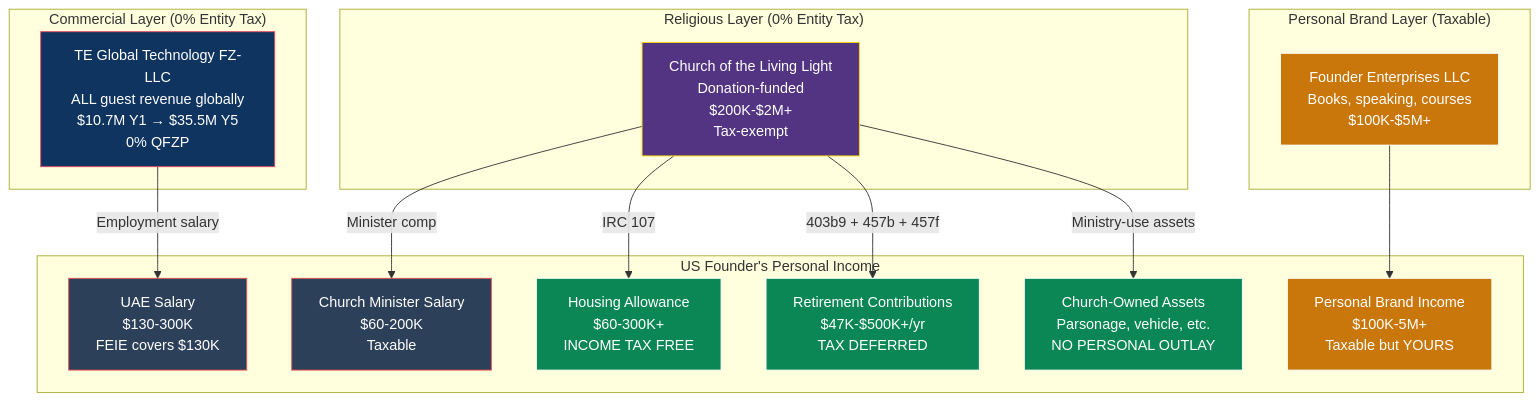
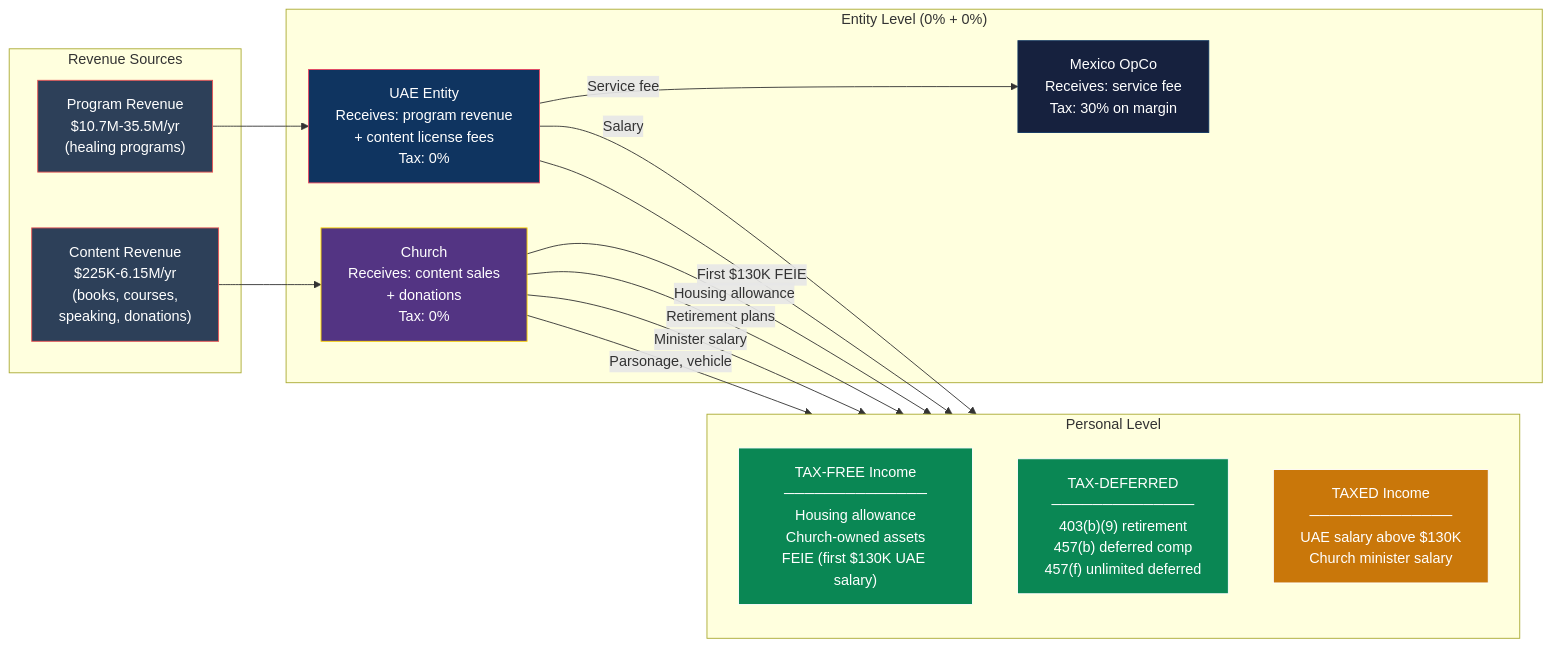
Before and after one commit to Light-Brands/epic-center: the third of 4 diagrams in docs/strategy/US_508C1A_REVISED_DONATION_MODEL.md, drawn with Mermaid. The commit also changed other lines of this file, not shown here.

````diff
--- a/docs/strategy/US_508C1A_REVISED_DONATION_MODEL.md
+++ b/docs/strategy/US_508C1A_REVISED_DONATION_MODEL.md
@@ -311,40 +261,39 @@
 ```mermaid
-graph TB
-    subgraph "Commercial Layer (0% Entity Tax)"
-        UAE["TE Global Technology FZ-LLC<br/>ALL guest revenue globally<br/>$10.7M Y1 → $35.5M Y5<br/>0% QFZP"]
+graph LR
+    subgraph "Revenue Sources"
+        PROG["Program Revenue<br/>$10.7M-35.5M/yr<br/>(healing programs)"]
+        CONTENT["Content Revenue<br/>$225K-6.15M/yr<br/>(books, courses,<br/>speaking, donations)"]
     end
 
-    subgraph "Religious Layer (0% Entity Tax)"
-        CHURCH["Church of the Living Light<br/>Donation-funded<br/>$200K-$2M+<br/>Tax-exempt"]
+    subgraph "Entity Level (0% + 0%)"
+        UAE2["UAE Entity<br/>Receives: program revenue<br/>+ content license fees<br/>Tax: 0%"]
+        CHURCH2["Church<br/>Receives: content sales<br/>+ donations<br/>Tax: 0%"]
+        MEX2["Mexico OpCo<br/>Receives: service fee<br/>Tax: 30% on margin"]
     end
 
-    subgraph "Personal Brand Layer (Taxable)"
-        LLC["Founder Enterprises LLC<br/>Books, speaking, courses<br/>$100K-$5M+"]
+    subgraph "Personal Level"
+        direction TB
+        TAX_FREE["TAX-FREE Income<br/>──────────────<br/>Housing allowance<br/>Church-owned assets<br/>FEIE (first $130K UAE salary)"]
+        TAX_DEFERRED["TAX-DEFERRED<br/>──────────────<br/>403(b)(9) retirement<br/>457(b) deferred comp<br/>457(f) unlimited deferred"]
+        TAXED["TAXED Income<br/>──────────────<br/>UAE salary above $130K<br/>Church minister salary"]
     end
 
-    subgraph "US Founder's Personal Income"
-        S1["UAE Salary<br/>$130-300K<br/>FEIE covers $130K"]
-        S2["Church Minister Salary<br/>$60-200K<br/>Taxable"]
-        S3["Housing Allowance<br/>$60-300K+<br/>INCOME TAX FREE"]
-        S4["Retirement Contributions<br/>$47K-$500K+/yr<br/>TAX DEFERRED"]
-        S5["Personal Brand Income<br/>$100K-5M+<br/>Taxable but YOURS"]
-        S6["Church-Owned Assets<br/>Parsonage, vehicle, etc.<br/>NO PERSONAL OUTLAY"]
-    end
+    PROG --> UAE2
+    CONTENT --> CHURCH2
+    UAE2 -->|"Service fee"| MEX2
+    UAE2 -->|"Salary"| TAXED
+    UAE2 -->|"First $130K FEIE"| TAX_FREE
+    CHURCH2 -->|"Housing allowance"| TAX_FREE
+    CHURCH2 -->|"Retirement plans"| TAX_DEFERRED
+    CHURCH2 -->|"Minister salary"| TAXED
+    CHURCH2 -->|"Parsonage, vehicle"| TAX_FREE
 
-    UAE -->|"Employment salary"| S1
-    CHURCH -->|"Minister comp"| S2
-    CHURCH -->|"IRC 107"| S3
-    CHURCH -->|"403b9 + 457b + 457f"| S4
-    LLC --> S5
-    CHURCH -->|"Ministry-use assets"| S6
-
-    style UAE fill:#0f3460,stroke:#e94560,color:#fff
-    style CHURCH fill:#533483,stroke:#ffd700,color:#fff
-    style LLC fill:#c9770a,stroke:#fff,color:#fff
-    style S1 fill:#2d4059,stroke:#ea5455,color:#fff
-    style S2 fill:#2d4059,stroke:#ea5455,color:#fff
-    style S3 fill:#0a8754,stroke:#fff,color:#fff
-    style S4 fill:#0a8754,stroke:#fff,color:#fff
-    style S5 fill:#c9770a,stroke:#fff,color:#fff
-    style S6 fill:#0a8754,stroke:#fff,color:#fff
+    style PROG fill:#2d4059,stroke:#ea5455,color:#fff
+    style CONTENT fill:#2d4059,stroke:#ea5455,color:#fff
+    style UAE2 fill:#0f3460,stroke:#e94560,color:#fff
+    style CHURCH2 fill:#533483,stroke:#ffd700,color:#fff
+    style MEX2 fill:#16213e,stroke:#0f3460,color:#fff
+    style TAX_FREE fill:#0a8754,stroke:#fff,color:#fff
+    style TAX_DEFERRED fill:#0a8754,stroke:#fff,color:#fff
+    style TAXED fill:#c9770a,stroke:#fff,color:#fff
 ```
````
